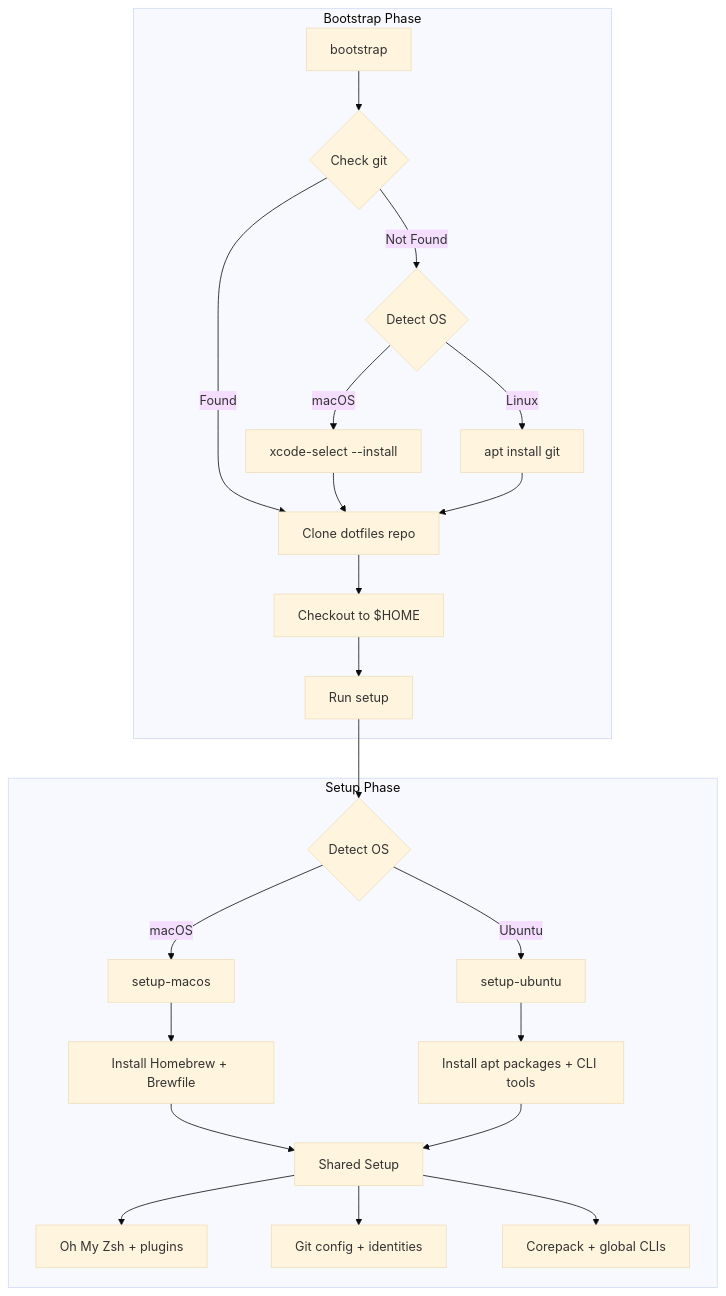
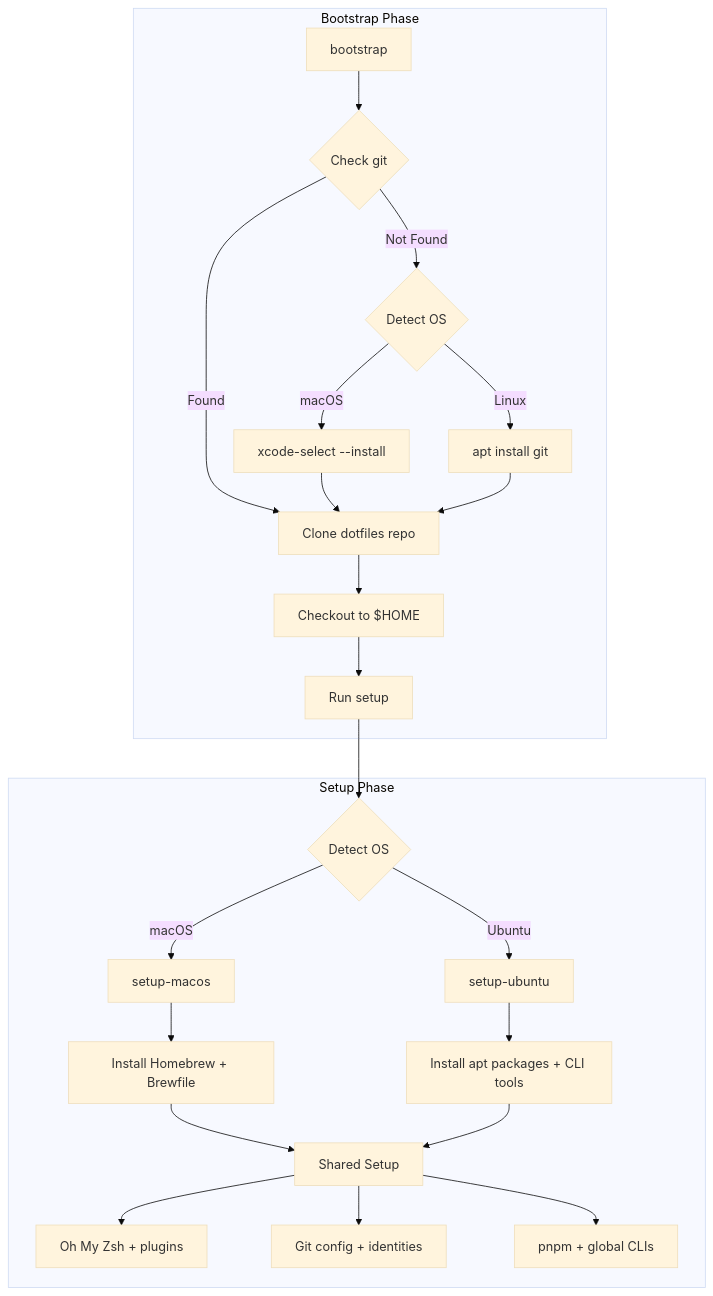
The diagram in script/README.md (hsin19/dotfiles), drawn with Mermaid (base theme) before and after one commit. The commit also changed other lines of this file and 1 other file, not shown here.

Commit message:
fix(setup): install pnpm via npm now that Node 25+ drops corepack (#3)

````diff
--- a/script/README.md
+++ b/script/README.md
@@ -9,27 +9,27 @@
 ```mermaid
 graph TB
     subgraph "Bootstrap Phase"
         A[bootstrap] --> B{Check git}
         B -->|Found| D
         B -->|Not Found| C{Detect OS}
         C -->|macOS| E1[xcode-select --install]
         C -->|Linux| E2[apt install git]
         E1 --> D[Clone dotfiles repo]
         E2 --> D
         D --> F[Checkout to $HOME]
         F --> G[Run setup]
     end
 
     subgraph "Setup Phase"
         G --> H{Detect OS}
         H -->|macOS| I[setup-macos]
         H -->|Ubuntu| J[setup-ubuntu]
         I --> K[Install Homebrew + Brewfile]
         J --> L[Install apt packages + CLI tools]
         K --> M[Shared Setup]
         L --> M
         M --> N[Oh My Zsh + plugins]
         M --> O[Git config + identities]
-        M --> P[Corepack + global CLIs]
+        M --> P[pnpm + global CLIs]
     end
 ```
````
